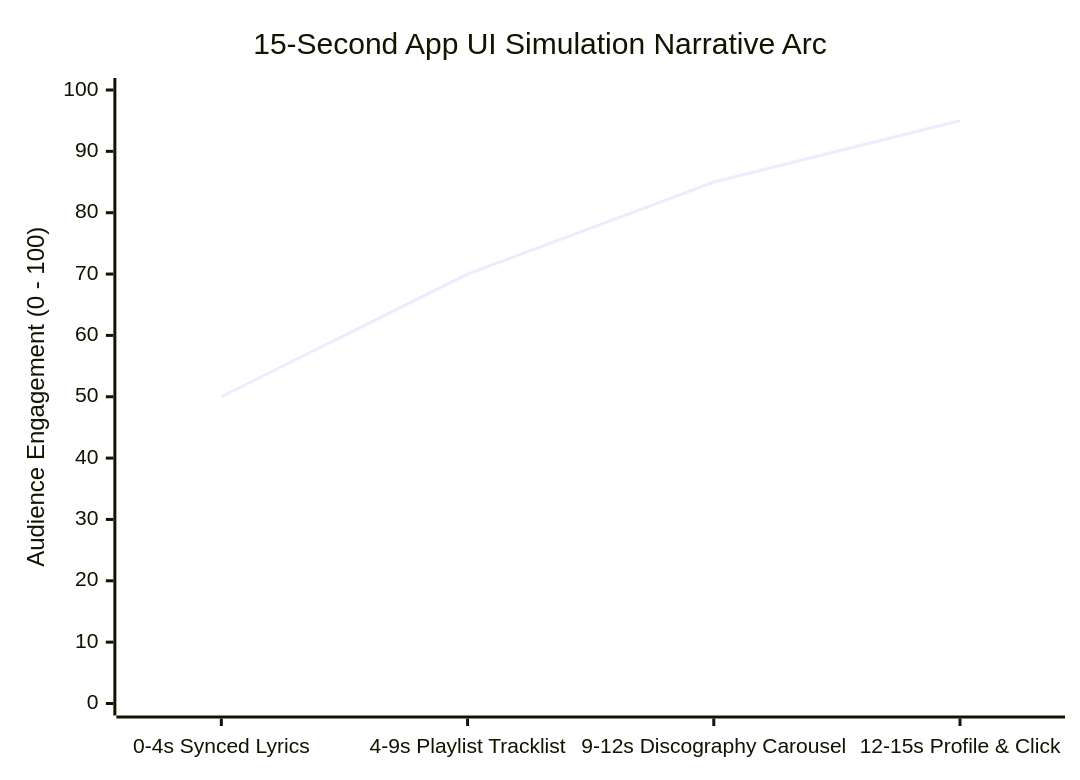
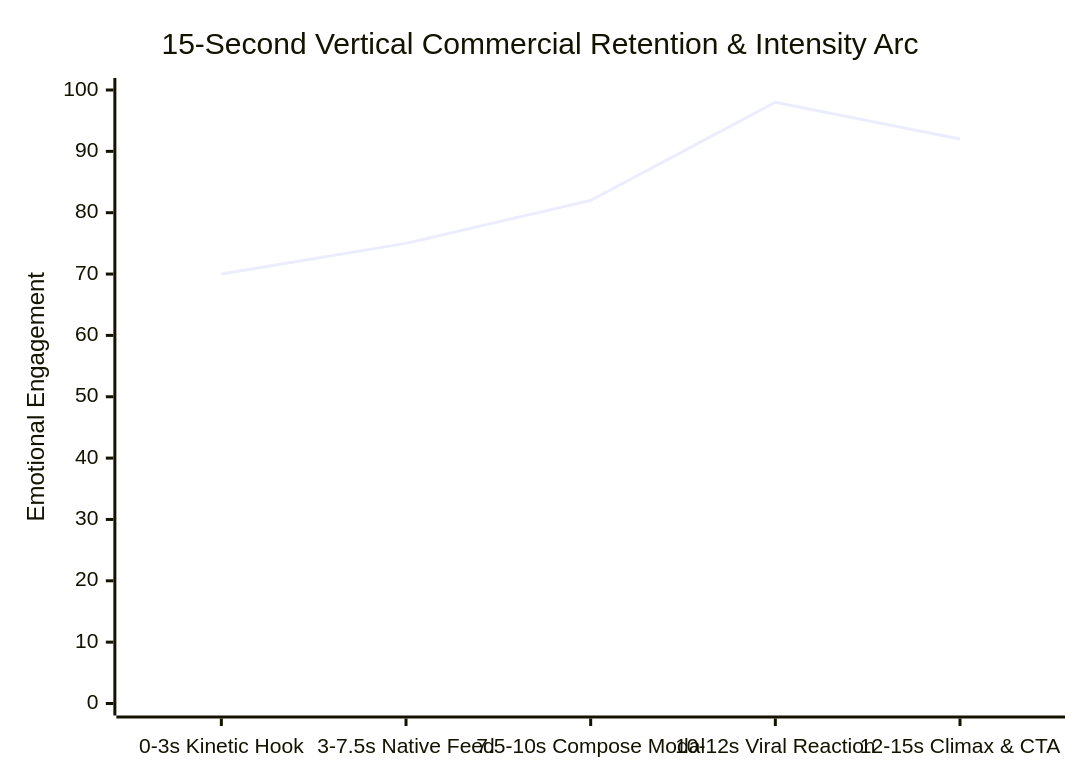
The diagram in references/creative-direction-and-pacing.md (gnustella-lab/procedural-motion-graphics), drawn with Mermaid before and after one commit. The commit also changed other lines of this file and 12 other files, not shown here.

Commit message:
feat: introduce Full-HD vertical mobile product ad and procedural DSP audio architecture (V4 golden standard)

````diff
--- a/references/creative-direction-and-pacing.md
+++ b/references/creative-direction-and-pacing.md
@@ -25,7 +24,7 @@
 ```mermaid
 xychart-beta
-    title "15-Second App UI Simulation Narrative Arc"
-    x-axis ["0-4s Synced Lyrics", "4-9s Playlist Tracklist", "9-12s Discography Carousel", "12-15s Profile & Click"]
-    y-axis "Audience Engagement (0 - 100)" 0 --> 100
-    line [50, 70, 85, 95]
+    title "15-Second Vertical Commercial Retention & Intensity Arc"
+    x-axis ["0-3s Kinetic Hook", "3-7.5s Native Feed", "7.5-10s Compose Modal", "10-12s Viral Reaction", "12-15s Climax & CTA"]
+    y-axis "Emotional Engagement" 0 --> 100
+    line [70, 75, 82, 98, 92]
 ```
````
